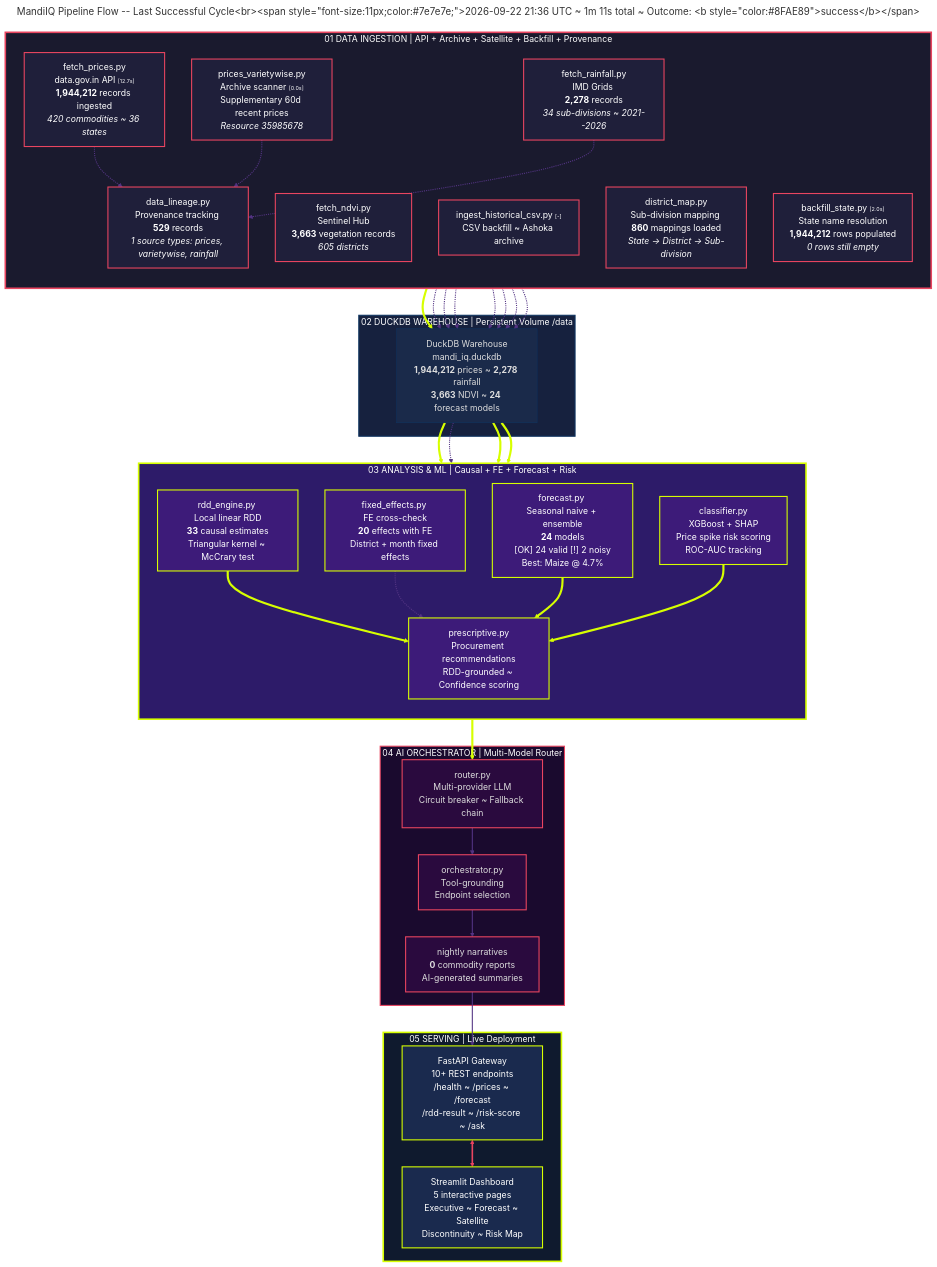
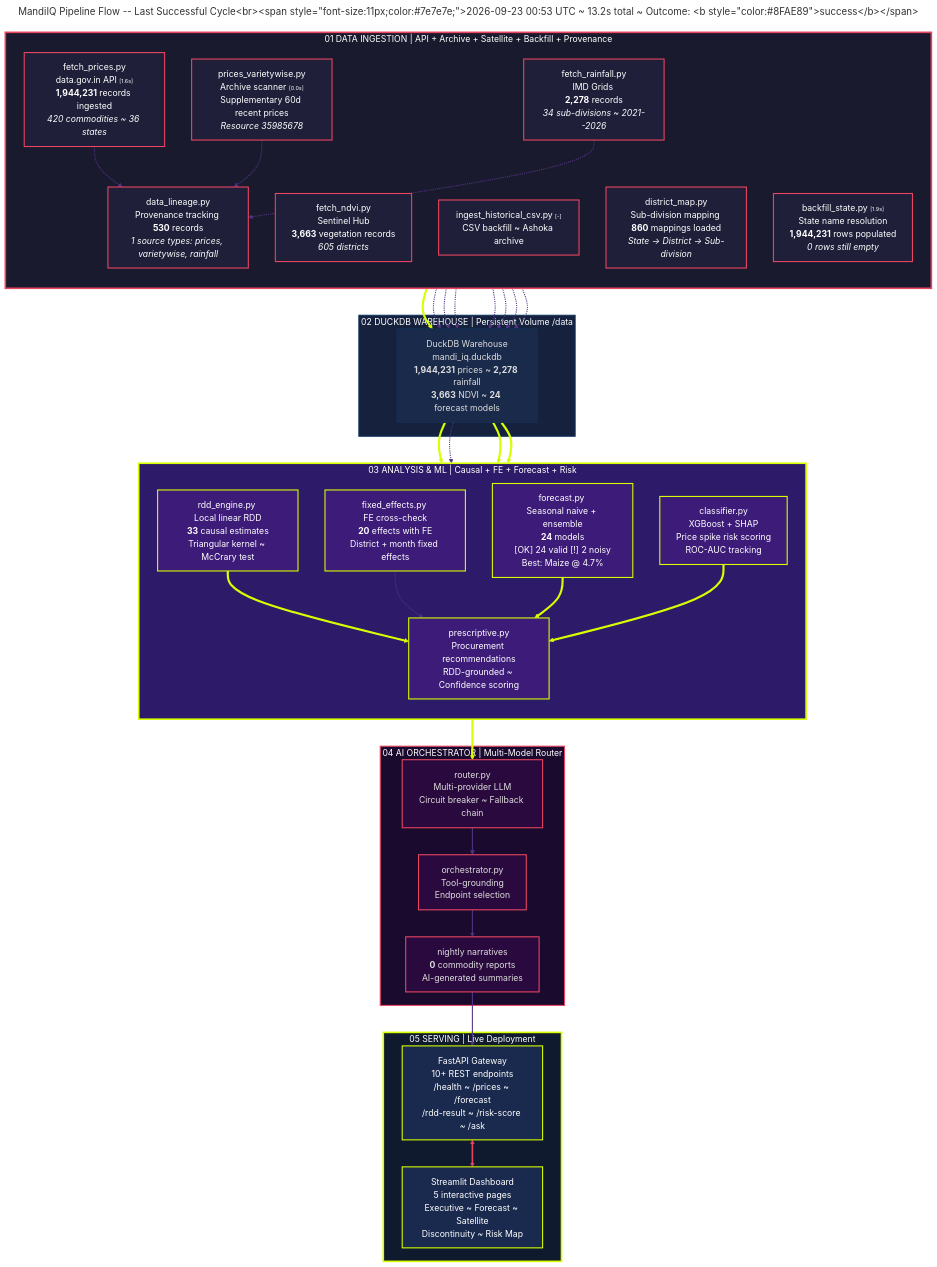
The diagram in diagrams/pipeline-flow-live.mmd (flawsom/test-mandi), drawn with Mermaid before and after one commit. The commit also changed 6 other files, not shown here.

```diff
--- a/diagrams/pipeline-flow-live.mmd
+++ b/diagrams/pipeline-flow-live.mmd
@@ -1,139 +1,139 @@
 ---
-title: "MandiIQ Pipeline Flow -- Last Successful Cycle<br/><span style='font-size:11px;color:#7e7e7e;'>2026-09-22 21:36 UTC ~ 1m 11s total ~ Outcome: <b style='color:#8FAE89'>success</b></span>"
+title: "MandiIQ Pipeline Flow -- Last Successful Cycle<br/><span style='font-size:11px;color:#7e7e7e;'>2026-09-23 00:53 UTC ~ 13.2s total ~ Outcome: <b style='color:#8FAE89'>success</b></span>"
 ---
 %%{init: {
   "theme": "dark",
   "themeVariables": {
     "primaryColor": "#1a1a2e",
     "primaryTextColor": "#ffffff",
     "primaryBorderColor": "#d7ff00",
     "lineColor": "#d7ff00",
     "secondaryColor": "#16213e",
     "tertiaryColor": "#0f3460",
     "mainBkg": "#0d0d1a",
     "nodeBorder": "#533483",
     "clusterBkg": "#0a0a12",
     "clusterBorder": "#2a2a4a",
     "titleColor": "#d7ff00",
     "edgeLabelBackground": "#0d0d1a",
     "nodeTextColor": "#ffffff",
     "fontFamily": "\"Space Grotesk\", \"Inter\", sans-serif"
   },
   "flowchart": {
     "useMaxWidth": true,
     "htmlLabels": true,
     "curve": "basis",
     "padding": 20
   }
 }%%
 flowchart TD
     %% Stage 1: DATA INGESTION
     subgraph S1["01 DATA INGESTION  | API + Archive + Satellite + Backfill + Provenance"]
         direction TB
-        A1["fetch_prices.py<br/>data.gov.in API <span style='color:#7e7e7e;font-size:10px;'>[12.7s]</span><br/><b>1,944,212</b> records ingested<br/><i>420 commodities ~ 36 states</i>"]
+        A1["fetch_prices.py<br/>data.gov.in API <span style='color:#7e7e7e;font-size:10px;'>[1.6s]</span><br/><b>1,944,231</b> records ingested<br/><i>420 commodities ~ 36 states</i>"]
         A2["prices_varietywise.py<br/>Archive scanner <span style='color:#7e7e7e;font-size:10px;'>[0.0s]</span><br/>Supplementary 60d recent prices<br/><i>Resource 35985678</i>"]
         A3["fetch_rainfall.py<br/>IMD Grids <br/><b>2,278</b> records<br/><i>34 sub-divisions ~ 2021--2026</i>"]
         A4["fetch_ndvi.py<br/>Sentinel Hub <br/><b>3,663</b> vegetation records<br/><i>605 districts</i>"]
         A5["ingest_historical_csv.py <span style='color:#7e7e7e;font-size:10px;'>[-]</span><br/>CSV backfill ~ Ashoka archive"]
         A6["district_map.py<br/>Sub-division mapping <br/><b>860</b> mappings loaded<br/><i>State -> District -> Sub-division</i>"]
-        A7["backfill_state.py <span style='color:#7e7e7e;font-size:10px;'>[2.0s]</span><br/>State name resolution<br/><b>1,944,212</b> rows populated<br/><i>0 rows still empty</i>"]
-        A8["data_lineage.py<br/>Provenance tracking <br/><b>529</b> records<br/><i>1 source types: prices, varietywise, rainfall</i>"]
+        A7["backfill_state.py <span style='color:#7e7e7e;font-size:10px;'>[1.9s]</span><br/>State name resolution<br/><b>1,944,231</b> rows populated<br/><i>0 rows still empty</i>"]
+        A8["data_lineage.py<br/>Provenance tracking <br/><b>530</b> records<br/><i>1 source types: prices, varietywise, rainfall</i>"]
     end
 
     %% Stage 2: DUCKDB WAREHOUSE
     subgraph S2["02 DUCKDB WAREHOUSE  | Persistent Volume /data"]
-        B1["DuckDB Warehouse<br/>mandi_iq.duckdb<br/><b>1,944,212</b> prices ~ <b>2,278</b> rainfall<br/><b>3,663</b> NDVI ~ <b>24</b> forecast models"]
+        B1["DuckDB Warehouse<br/>mandi_iq.duckdb<br/><b>1,944,231</b> prices ~ <b>2,278</b> rainfall<br/><b>3,663</b> NDVI ~ <b>24</b> forecast models"]
     end
 
     %% Stage 3: ANALYSIS & ML
     subgraph S3["03 ANALYSIS & ML  | Causal + FE + Forecast + Risk"]
         direction TB
         C1["rdd_engine.py <br/>Local linear RDD<br/><b>33</b> causal estimates<br/>Triangular kernel ~ McCrary test"]
         C2["fixed_effects.py <br/>FE cross-check<br/><b>20</b> effects with FE<br/>District + month fixed effects"]
         C3["forecast.py <br/>Seasonal naive + ensemble<br/><b>24</b> models<br/><span style='color:#8FAE89'>[OK] 24 valid</span> <span style='color:#D9663B'>[!] 2 noisy</span><br/>Best: Maize @ 4.7%"]
         C4["classifier.py <br/>XGBoost + SHAP<br/>Price spike risk scoring<br/>ROC-AUC tracking"]
         C5["prescriptive.py<br/>Procurement recommendations<br/>RDD-grounded ~ Confidence scoring"]
     end
 
     %% Stage 4: AI ORCHESTRATOR
     subgraph S4["04 AI ORCHESTRATOR  | Multi-Model Router"]
         D1["router.py<br/>Multi-provider LLM<br/>Circuit breaker ~ Fallback chain"]
         D2["orchestrator.py<br/>Tool-grounding<br/>Endpoint selection"]
         D3["nightly narratives<br/><b>0</b> commodity reports<br/>AI-generated summaries"]
     end
 
     %% Stage 5: SERVING
     subgraph S5["05 SERVING  | Live Deployment"]
         E1["FastAPI Gateway<br/>10+ REST endpoints<br/>/health ~ /prices ~ /forecast<br/>/rdd-result ~ /risk-score ~ /ask"]
         E2["Streamlit Dashboard<br/>5 interactive pages<br/>Executive ~ Forecast ~ Satellite<br/>Discontinuity ~ Risk Map"]
     end
 
     %% Main flow: ingestion -> warehouse
     A1 ==> B1
     A2 -.-> B1
     A3 -.-> B1
     A4 -.-> B1
     A5 -.-> B1
     A6 -.-> B1
     A7 -.-> B1
 
     %% Main flow: ingestion -> provenance tracking
     A1 -.-> A8
     A2 -.-> A8
     A3 -.-> A8
     A8 -.-> B1
 
     %% Main flow: warehouse -> analysis
     B1 ==> C1
     B1 -.-> C2
     B1 ==> C3
     B1 ==> C4
 
     %% Main flow: analysis -> prescriptive -> AI
     C1 ==> C5
     C2 -.-> C5
     C3 ==> C5
     C4 ==> C5
 
     C5 ==> D1
     D1 ==> D2
     D2 ==> D3
     D3 ==> E1
 
     E1 <==> E2
 
     %% Edge styling: thick = primary path
     linkStyle 0,11,13,14,15,17,18,19 stroke-width:4px,stroke:#d7ff00,fill:none
     linkStyle 1,2,3,4,5,6,7,8,9,10,12,16,20,21,22 stroke-width:2px,stroke:#533483,fill:none
     linkStyle 23 stroke-width:3px,stroke:#e94560,fill:none
 
     %% Stage classes
     classDef stage1 fill:#1a1a2e,stroke:#e94560,stroke-width:3px,color:#fff
     classDef stage1Node fill:#1f1f3a,stroke:#e94560,stroke-width:2px,color:#fff
 
     classDef stage2 fill:#16213e,stroke:#0f3460,stroke-width:2px,color:#fff
     classDef stage2Node fill:#1a2a4a,stroke:#0f3460,stroke-width:1px,color:#ddd
 
     classDef stage3 fill:#2d1b69,stroke:#d7ff00,stroke-width:3px,color:#fff
     classDef stage3Node fill:#3d1b79,stroke:#d7ff00,stroke-width:2px,color:#fff
 
     classDef stage4 fill:#1a0a2e,stroke:#e94560,stroke-width:2px,color:#fff
     classDef stage4Node fill:#2a0a3e,stroke:#e94560,stroke-width:2px,color:#ddd
 
     classDef stage5 fill:#0f1a2e,stroke:#d7ff00,stroke-width:3px,color:#fff
     classDef stage5Node fill:#1a2a4e,stroke:#d7ff00,stroke-width:2px,color:#fff
 
     class S1 stage1
     class A1,A2,A3,A4,A5,A6,A7,A8 stage1Node
 
     class S2 stage2
     class B1 stage2Node
 
     class S3 stage3
     class C1,C2,C3,C4,C5 stage3Node
 
     class S4 stage4
     class D1,D2,D3 stage4Node
 
     class S5 stage5
     class E1,E2 stage5Node
```
